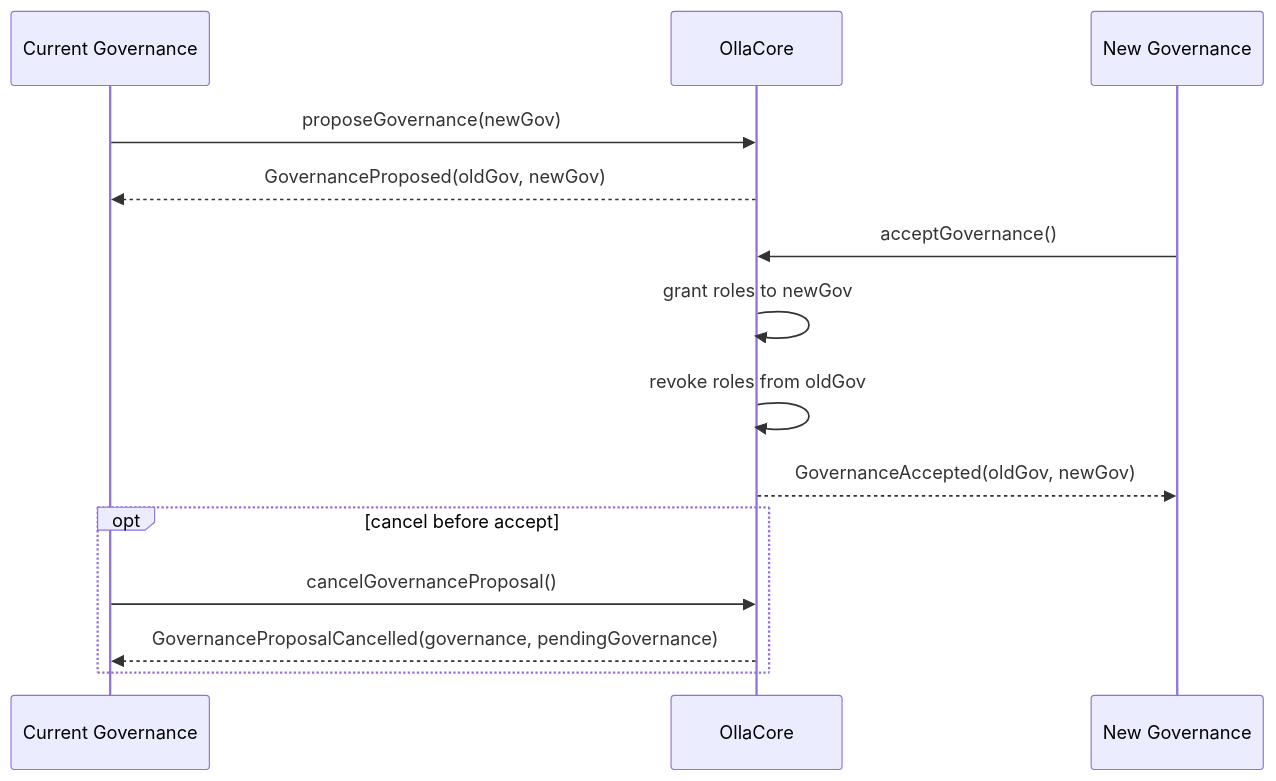
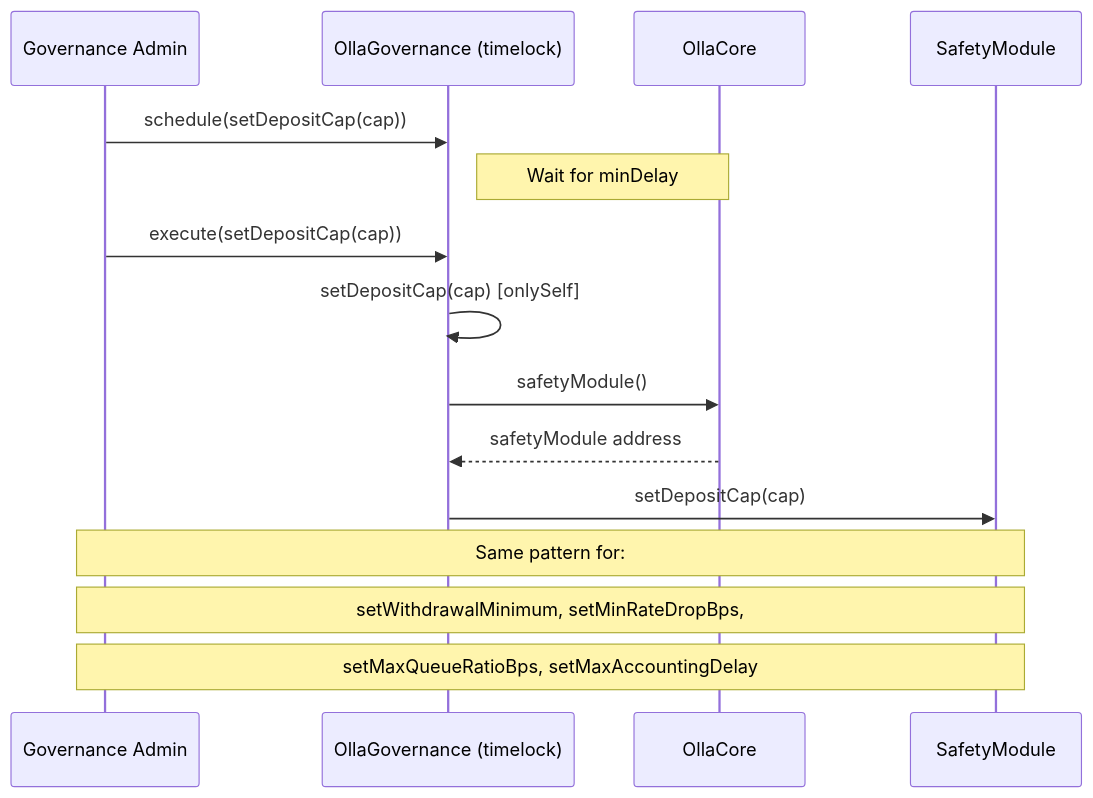
The second of 6 diagrams in docs/governance-actions.md (ollafinance/core), drawn with Mermaid before and after one commit. The commit also changed other lines of this file and 59 other files, not shown here.

First line of the commit message:
improvement: extract governance into dedicated OllaGovernance contract with timelock (#301)

````diff
--- a/docs/governance-actions.md
+++ b/docs/governance-actions.md
@@ -28,19 +32,19 @@
 ```mermaid
 sequenceDiagram
-    participant GOV as Current Governance
-    participant CORE as OllaCore
-    participant NEW as New Governance
+    participant GOV as Governance Admin
+    participant OG as OllaGovernance (timelock)
+    participant C as OllaCore
+    participant SAF as SafetyModule
 
-    GOV->>CORE: proposeGovernance(newGov)
-    CORE-->>GOV: GovernanceProposed(oldGov, newGov)
+    GOV->>OG: schedule(setDepositCap(cap))
+    Note right of OG: Wait for minDelay
+    GOV->>OG: execute(setDepositCap(cap))
+    OG->>OG: setDepositCap(cap) [onlySelf]
+    OG->>C: safetyModule()
+    C-->>OG: safetyModule address
+    OG->>SAF: setDepositCap(cap)
 
-    NEW->>CORE: acceptGovernance()
-    CORE->>CORE: grant roles to newGov
-    CORE->>CORE: revoke roles from oldGov
-    CORE-->>NEW: GovernanceAccepted(oldGov, newGov)
-
-    opt cancel before accept
-        GOV->>CORE: cancelGovernanceProposal()
-        CORE-->>GOV: GovernanceProposalCancelled(governance, pendingGovernance)
-    end
+    Note over GOV,SAF: Same pattern for:
+    Note over GOV,SAF: setWithdrawalMinimum, setMinRateDropBps,
+    Note over GOV,SAF: setMaxQueueRatioBps, setMaxAccountingDelay
 ```
````
